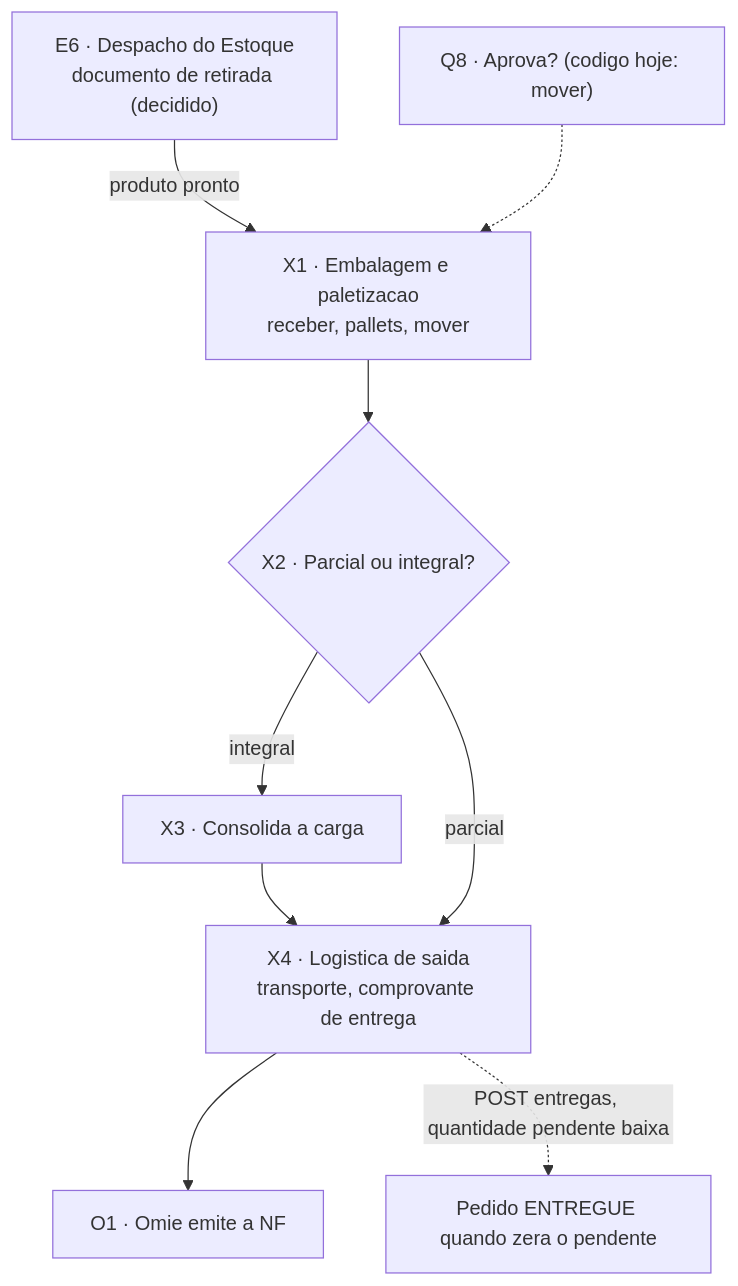
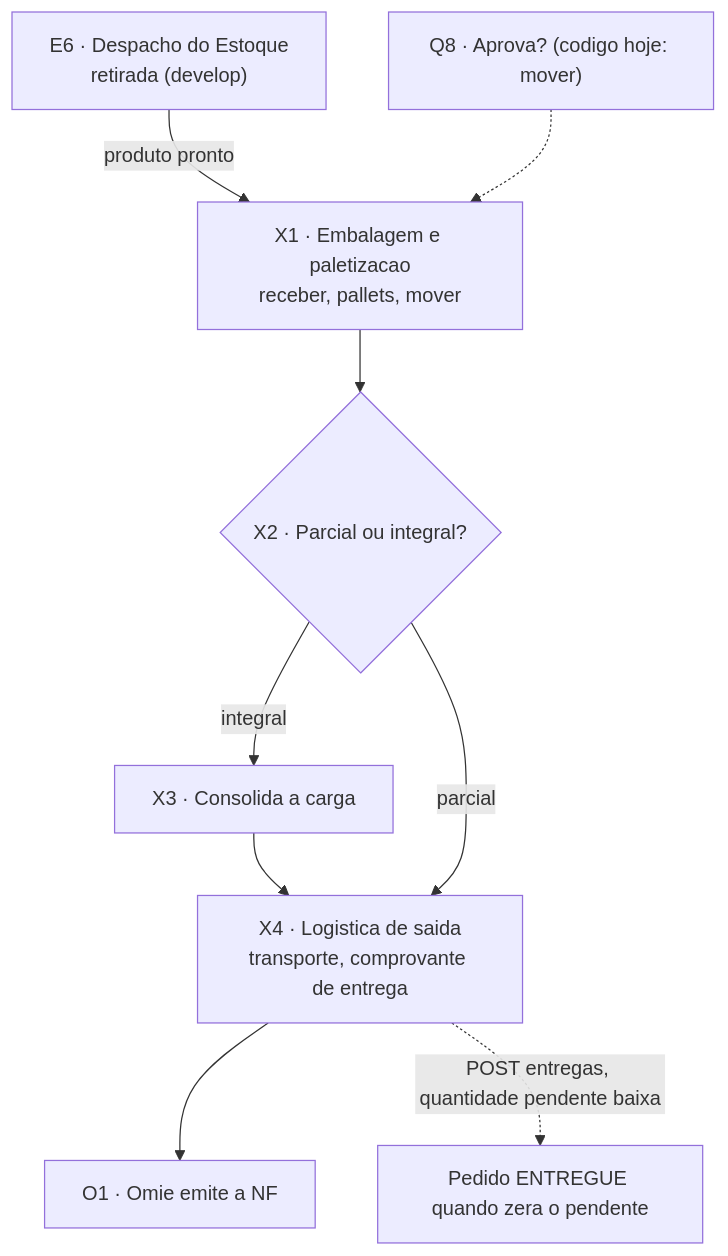
One commit to pablo-cruzbr/vault-avhub-mer changed the diagram in 02-Fluxo-de-Atividades/13-Expedicao.md. Above: the diagram before and after it, drawn with Mermaid. The commit also changed other lines of this file, not shown here.

Commit message:
docs(expedicao): recebimento espera a retirada concluir (N16-122, PR #96)

````diff
--- a/02-Fluxo-de-Atividades/13-Expedicao.md
+++ b/02-Fluxo-de-Atividades/13-Expedicao.md
@@ -202,11 +202,11 @@
 ```mermaid
 flowchart TD
-    E6["E6 · Despacho do Estoque<br/>documento de retirada (decidido)"] -->|"produto pronto"| X1["X1 · Embalagem e paletizacao<br/>receber, pallets, mover"]
+    E6["E6 · Despacho do Estoque<br/>retirada (develop)"] -->|"produto pronto"| X1["X1 · Embalagem e paletizacao<br/>receber, pallets, mover"]
     Q8["Q8 · Aprova? (codigo hoje: mover)"] -.-> X1
     X1 --> X2{"X2 · Parcial ou integral?"}
     X2 -->|integral| X3["X3 · Consolida a carga"]
     X3 --> X4["X4 · Logistica de saida<br/>transporte, comprovante de entrega"]
     X2 -->|parcial| X4
     X4 --> O1["O1 · Omie emite a NF"]
     X4 -.->|"POST entregas, quantidade pendente baixa"| PED["Pedido ENTREGUE quando zera o pendente"]
 ```
````
